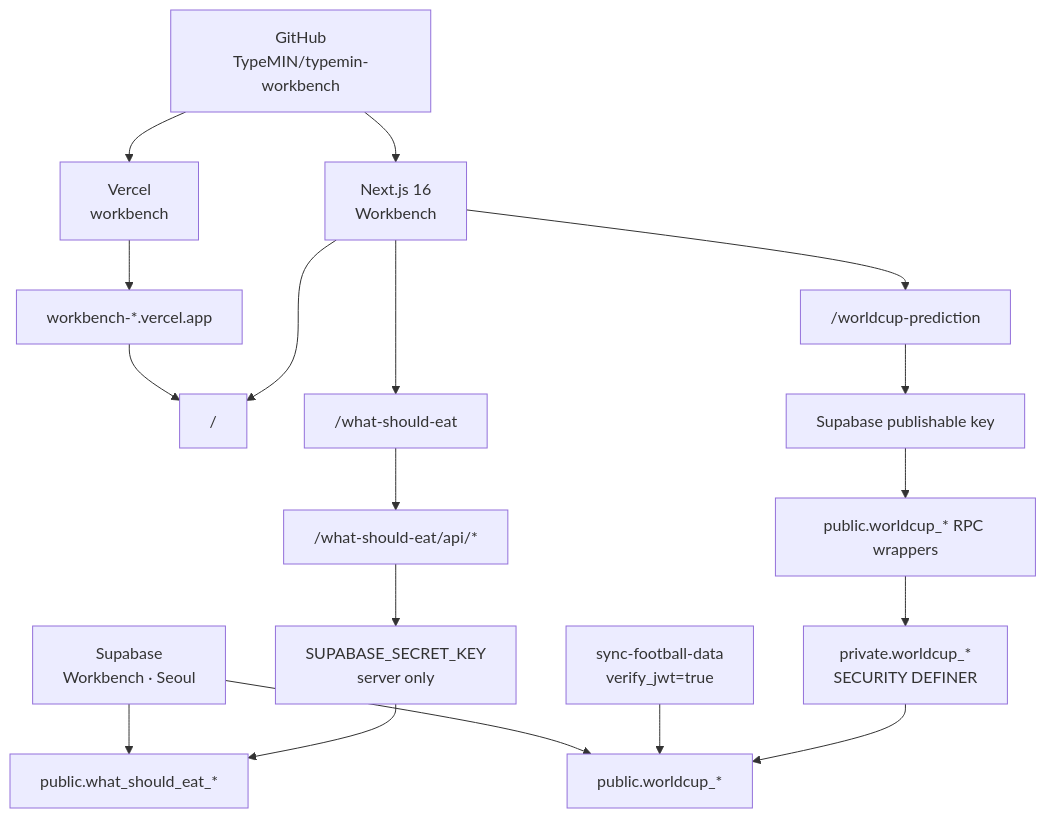
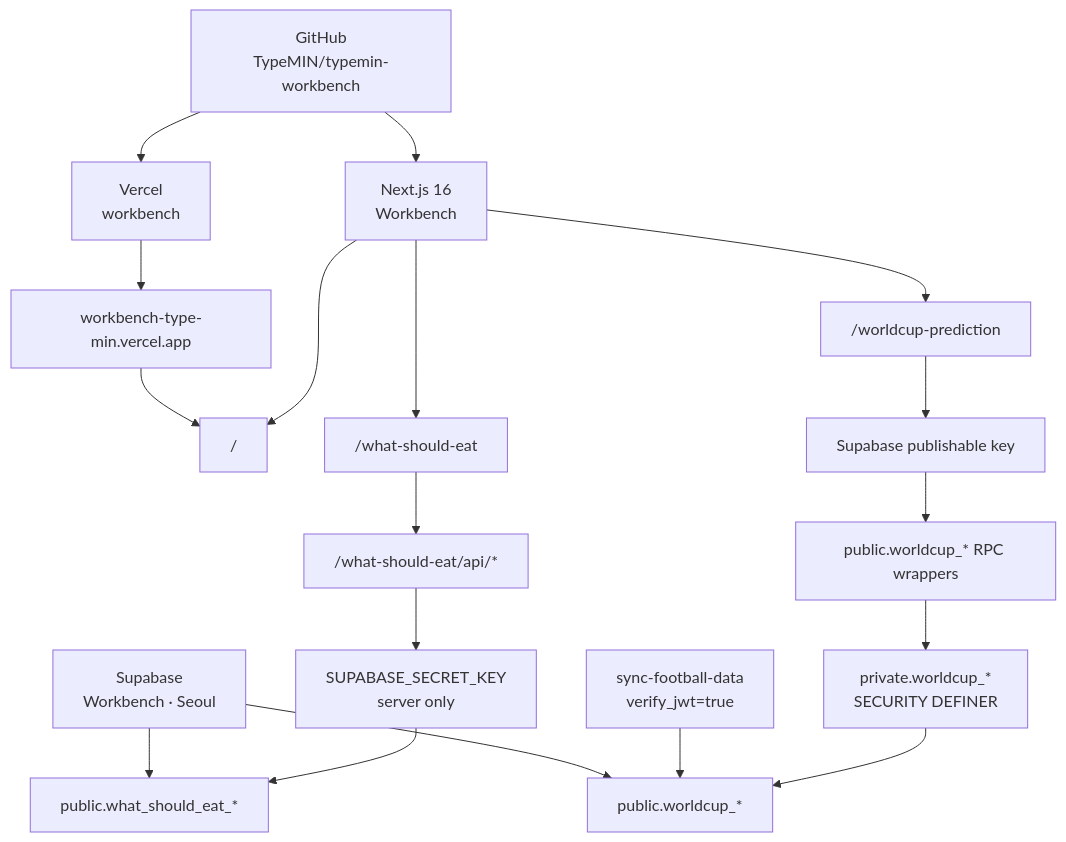
The diagram in docs/architecture.md (TypeMIN/typemin-workbench), drawn with Mermaid before and after one commit. The commit also changed other lines of this file and 2 other files, not shown here.

Commit message:
docs: record Workbench deployment

````diff
--- a/docs/architecture.md
+++ b/docs/architecture.md
@@ -17,20 +17,20 @@
 ```mermaid
 flowchart TD
     GitHub["GitHub<br/>TypeMIN/typemin-workbench"] --> Next["Next.js 16<br/>Workbench"]
     Next --> Home["/"]
     Next --> Meal["/what-should-eat"]
     Next --> WorldCup["/worldcup-prediction"]
     GitHub --> Vercel["Vercel<br/>workbench"]
-    Vercel --> Host["workbench-*.vercel.app"]
+    Vercel --> Host["workbench-type-min.vercel.app"]
     Host --> Home
     Meal --> MealAPI["/what-should-eat/api/*"]
     MealAPI --> ServerSecret["SUPABASE_SECRET_KEY<br/>server only"]
     ServerSecret --> MealTables["public.what_should_eat_*"]
     WorldCup --> PublicKey["Supabase publishable key"]
     PublicKey --> RPC["public.worldcup_* RPC wrappers"]
     RPC --> PrivateRPC["private.worldcup_*<br/>SECURITY DEFINER"]
     PrivateRPC --> WorldCupTables["public.worldcup_*"]
     Edge["sync-football-data<br/>verify_jwt=true"] --> WorldCupTables
     Supabase["Supabase<br/>Workbench · Seoul"] --> MealTables
     Supabase --> WorldCupTables
 ```
````
